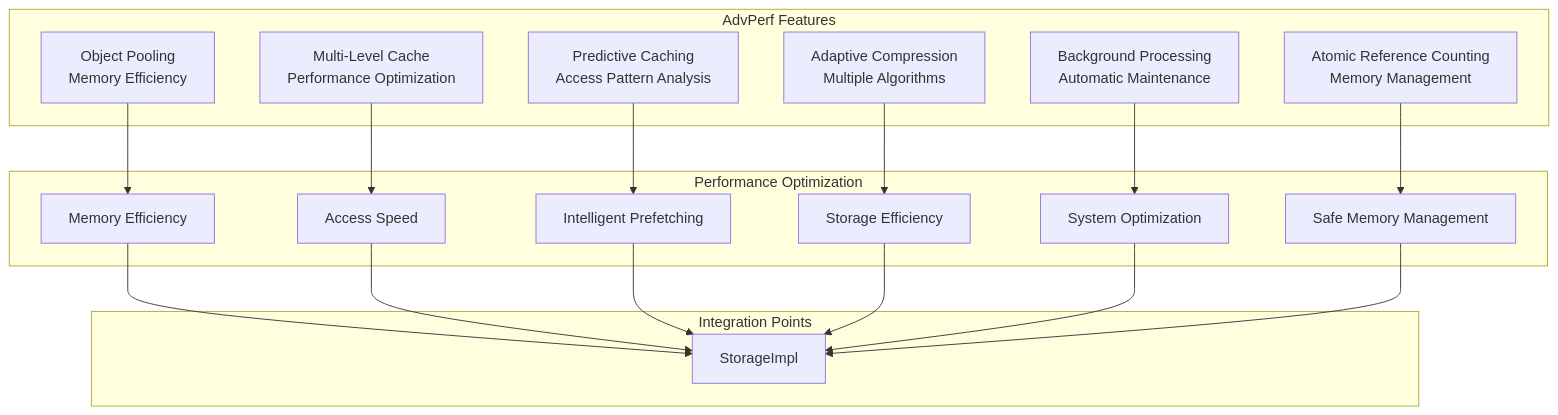
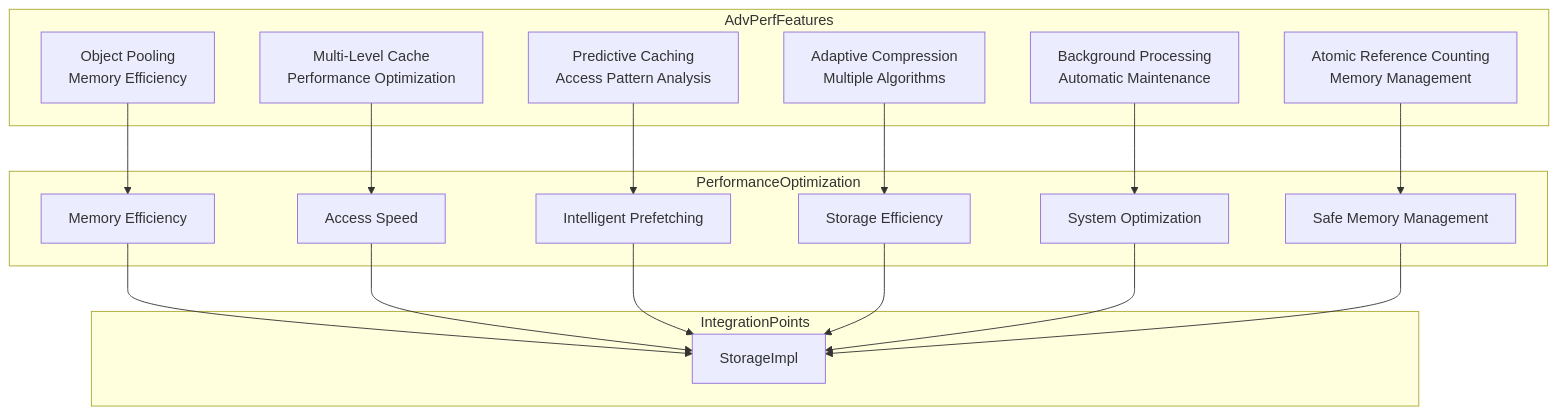
Before and after one commit to vobbilis/mytsdb: the third of 12 diagrams in diagrams.md, drawn with Mermaid. The commit also changed other lines of this file, not shown here.

Commit message:
Fix Mermaid syntax errors in diagrams.md - remove parentheses and spaces from subgraph names

````diff
--- a/diagrams.md
+++ b/diagrams.md
@@ -101,29 +101,29 @@
 ```mermaid
 graph TB
-    subgraph AdvPerf Features
+    subgraph AdvPerfFeatures
         ObjectPooling[Object Pooling<br/>Memory Efficiency]
         MultiLevelCache[Multi-Level Cache<br/>Performance Optimization]
         PredictiveCaching[Predictive Caching<br/>Access Pattern Analysis]
         AdaptiveCompression[Adaptive Compression<br/>Multiple Algorithms]
         BackgroundProcessing[Background Processing<br/>Automatic Maintenance]
         AtomicReferenceCounting[Atomic Reference Counting<br/>Memory Management]
     end
     
-    subgraph Performance Optimization
+    subgraph PerformanceOptimization
         ObjectPooling --> MemoryEfficiency[Memory Efficiency]
         MultiLevelCache --> AccessSpeed[Access Speed]
         PredictiveCaching --> Prefetching[Intelligent Prefetching]
         AdaptiveCompression --> StorageEfficiency[Storage Efficiency]
         BackgroundProcessing --> SystemOptimization[System Optimization]
         AtomicReferenceCounting --> SafeMemory[Safe Memory Management]
     end
     
-    subgraph Integration Points
+    subgraph IntegrationPoints
         MemoryEfficiency --> StorageImpl
         AccessSpeed --> StorageImpl
         Prefetching --> StorageImpl
         StorageEfficiency --> StorageImpl
         SystemOptimization --> StorageImpl
         SafeMemory --> StorageImpl
     end
 ```
````
